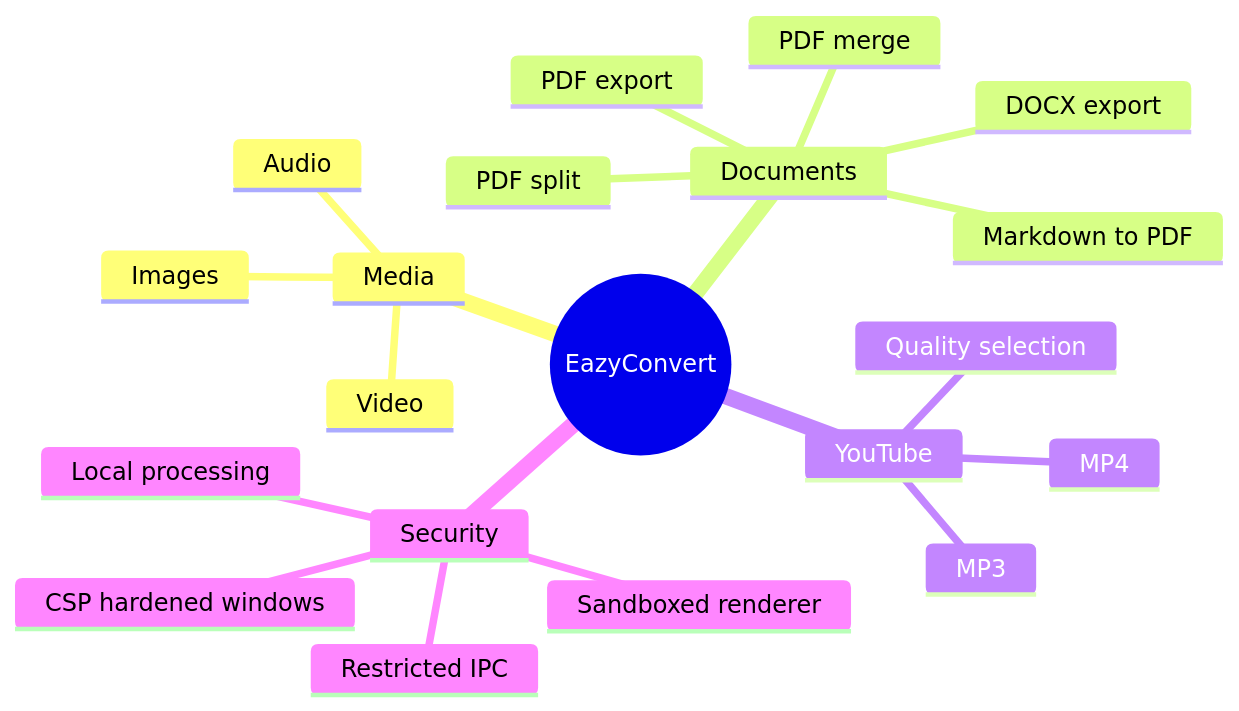
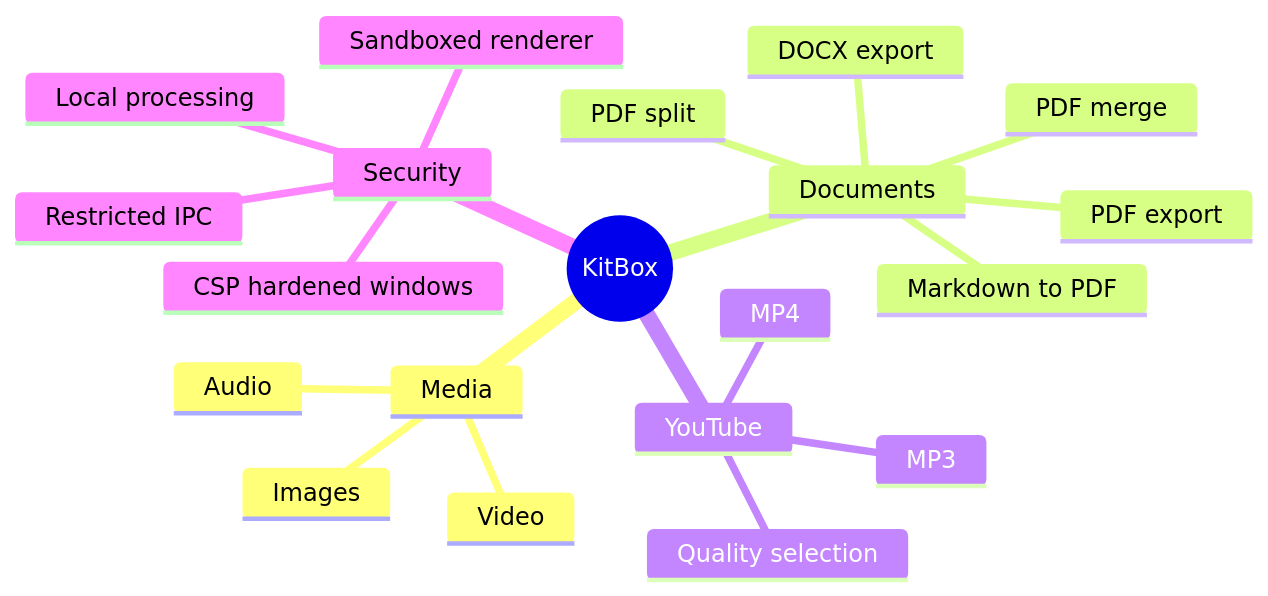
Before and after one commit to jbotmallen/eazy-convert: the second of 3 diagrams in README.md, drawn with Mermaid. The commit also changed other lines of this file and 108 other files, not shown here.

````diff
--- a/README.md
+++ b/README.md
@@ -41,23 +41,23 @@
 ```mermaid
 mindmap
-  root((EazyConvert))
+  root((KitBox))
     Media
       Images
       Video
       Audio
     Documents
       PDF merge
       PDF split
       PDF export
       DOCX export
       Markdown to PDF
     YouTube
       MP4
       MP3
       Quality selection
     Security
       Local processing
       Sandboxed renderer
       Restricted IPC
       CSP hardened windows
 ```
````
